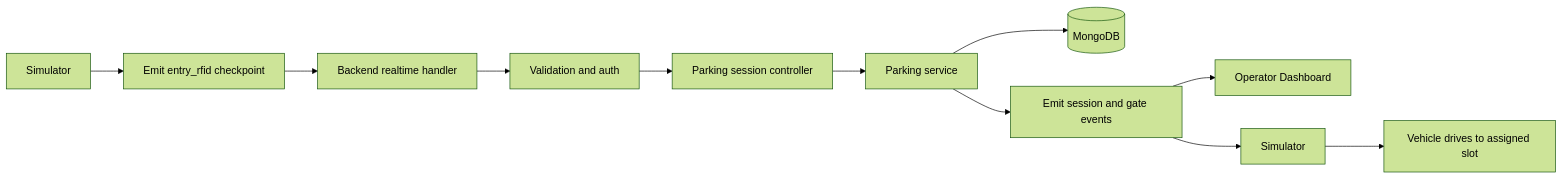
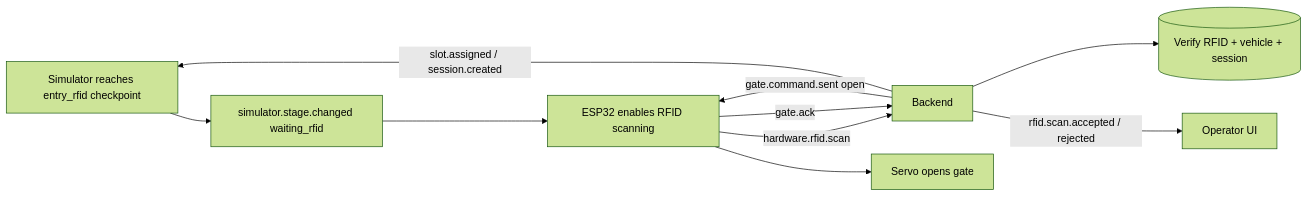
The third of 3 diagrams in src/project/NT131/README.md (Duongajaas/Wiki), drawn with Mermaid (forest theme) before and after one commit. The commit also changed other lines of this file and 16 other files, not shown here.

````diff
--- a/src/project/NT131/README.md
+++ b/src/project/NT131/README.md
@@ -160,13 +306,12 @@
 ```mermaid
 flowchart LR
-SIM[Simulator] --> CP[Emit entry_rfid checkpoint]
-CP --> RT[Backend realtime handler]
-RT --> MW[Validation and auth]
-MW --> CT[Parking session controller]
-CT --> SV[Parking service]
-SV --> DB[(MongoDB)]
-SV --> EVT[Emit session and gate events]
-EVT --> OP[Operator Dashboard]
-EVT --> SIM2[Simulator]
-SIM2 --> PARK[Vehicle drives to assigned slot]
+  SIM[Simulator reaches entry_rfid checkpoint] --> EVT[simulator.stage.changed waiting_rfid]
+  EVT --> HW[ESP32 enables RFID scanning]
+  HW -->|hardware.rfid.scan| BE[Backend]
+  BE --> DB[(Verify RFID + vehicle + session)]
+  BE -->|rfid.scan.accepted / rejected| FE[Operator UI]
+  BE -->|gate.command.sent open| HW
+  HW --> SERVO[Servo opens gate]
+  HW -->|gate.ack| BE
+  BE -->|slot.assigned / session.created| SIM
 ```
````
